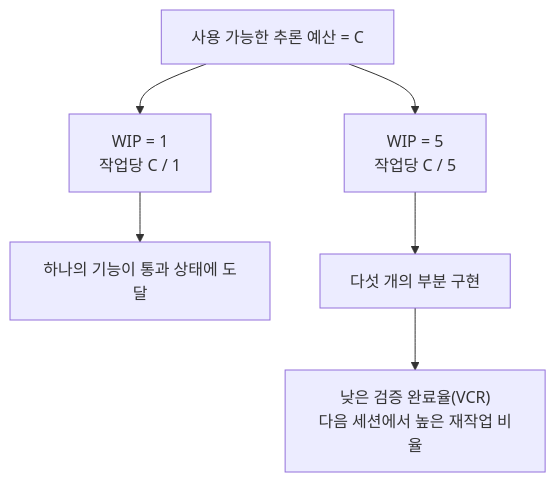
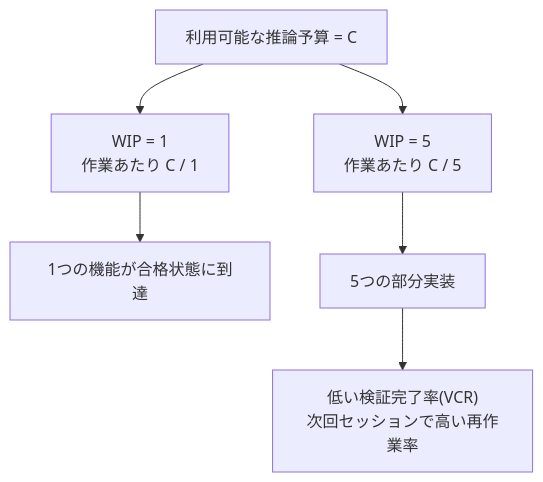
Before and after one commit to mkusaka/learn-harness-engineering: the second of 2 diagrams in docs/ko/lectures/lecture-07-why-agents-overreach-and-under-finish/index.md, drawn with Mermaid. The commit also changed other lines of this file and 571 other files, not shown here.

````diff
--- a/docs/ko/lectures/lecture-07-why-agents-overreach-and-under-finish/index.md
+++ b/docs/ko/lectures/lecture-07-why-agents-overreach-and-under-finish/index.md
@@ -43,9 +43,9 @@
 ```mermaid
 flowchart TB
-    Budget["사용 가능한 추론 예산 = C"] --> One["WIP = 1<br/>작업당 C / 1"]
-    Budget --> Many["WIP = 5<br/>작업당 C / 5"]
+    Budget["利用可能な推論予算 = C"] --> One["WIP = 1<br/>作業あたり C / 1"]
+    Budget --> Many["WIP = 5<br/>作業あたり C / 5"]
 
-    One --> Finish["하나의 기능이 통과 상태에 도달"]
-    Many --> Partial["다섯 개의 부분 구현"]
-    Partial --> VCR["낮은 검증 완료율(VCR)<br/>다음 세션에서 높은 재작업 비율"]
+    One --> Finish["1つの機能が合格状態に到達"]
+    Many --> Partial["5つの部分実装"]
+    Partial --> VCR["低い検証完了率(VCR)<br/>次回セッションで高い再作業率"]
 ```
````
